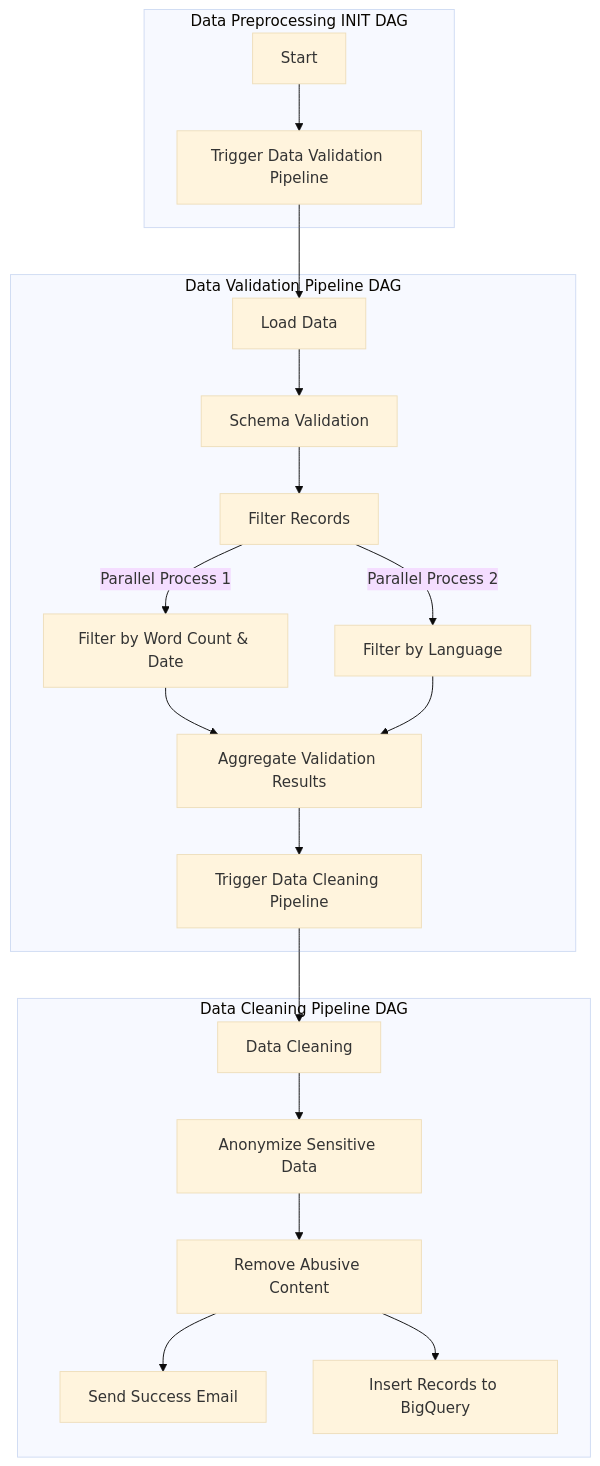
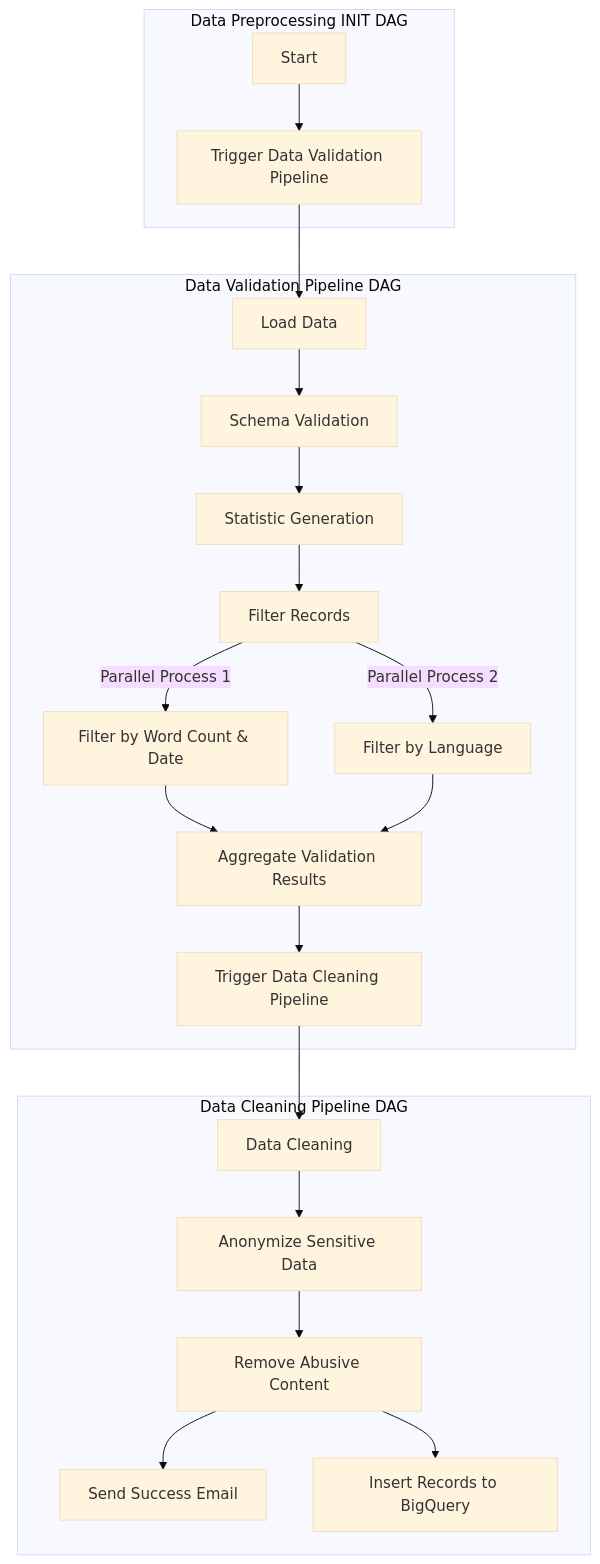
The diagram in README.md (rajpandeygithub/Automated-BiLingual-Complaint-System), drawn with Mermaid (base theme) before and after one commit.

Commit message:
updated readme with stats gen node

````diff
--- a/README.md
+++ b/README.md
@@ -197,26 +197,27 @@
 ```mermaid
 graph TB
     subgraph "Data Preprocessing INIT DAG"
         A[Start] --> B[Trigger Data Validation Pipeline]
     end
 
     subgraph "Data Validation Pipeline DAG"
         C[Load Data] --> D[Schema Validation]
-        D --> E[Filter Records]
+        D --> S[Statistic Generation]
+        S --> E[Filter Records]
         E --> |Parallel Process 1| F[Filter by Word Count & Date]
         E --> |Parallel Process 2| G[Filter by Language]
         F --> H[Aggregate Validation Results]
         G --> H
         H --> I[Trigger Data Cleaning Pipeline]
     end
 
     subgraph "Data Cleaning Pipeline DAG"
         J[Data Cleaning] --> K[Anonymize Sensitive Data]
         K --> L[Remove Abusive Content]
         L --> M[Send Success Email]
         L --> N[Insert Records to BigQuery]
     end
 
     B --> C
     I --> J
 ```
````
